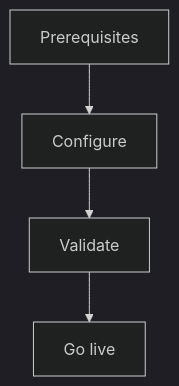
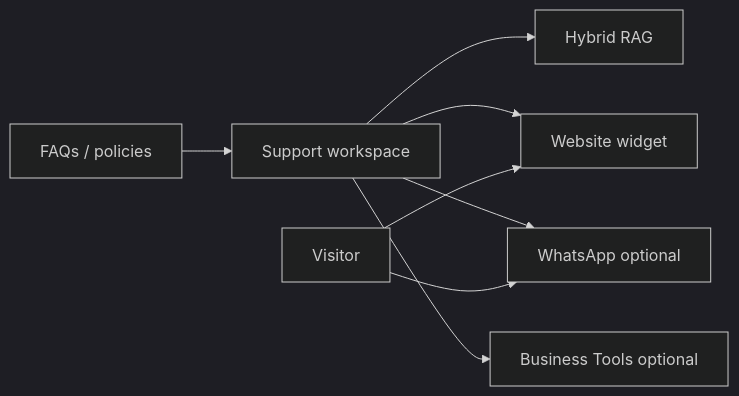
Before and after one commit to qefro-ai/qefro-documentation: the diagram in docs/guides/build-ai-customer-support.mdx, drawn with Mermaid (dark theme). The commit also changed other lines of this file and 12 other files, not shown here.

````diff
--- a/docs/guides/build-ai-customer-support.mdx
+++ b/docs/guides/build-ai-customer-support.mdx
@@ -34,6 +37,10 @@
 ```mermaid
-flowchart TD
-  A[Prerequisites] --> B[Configure]
-  B --> C[Validate]
-  C --> D[Go live]
+flowchart LR
+  Docs[FAQs / policies] --> WS[Support workspace]
+  WS --> RAG[Hybrid RAG]
+  WS --> Widget[Website widget]
+  WS --> WA[WhatsApp optional]
+  WS --> Tools[Business Tools optional]
+  Visitor --> Widget
+  Visitor --> WA
 ```
````
